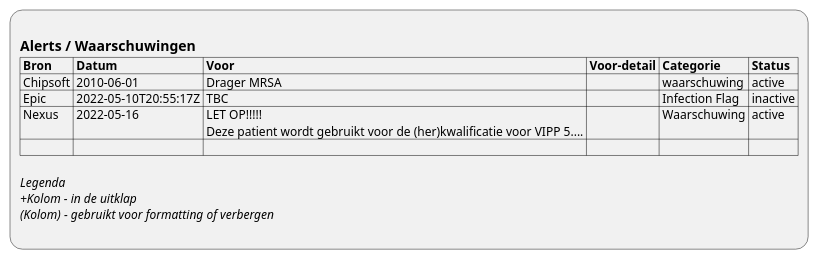
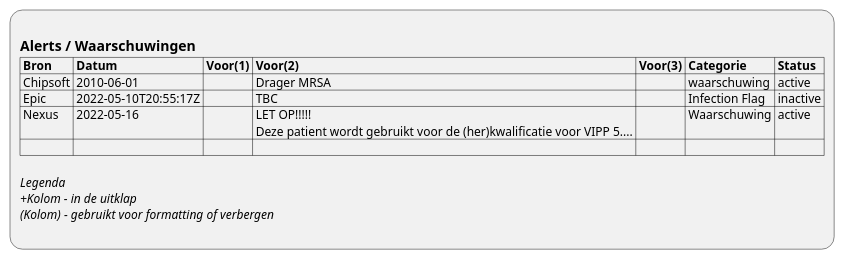
The diagram in input/images-source/ViewDefinition-Flag.plantuml (RIVO-Noord/zorgviewer-ig), drawn with PlantUML before and after one commit. The commit also changed 2 other files, not shown here.

```diff
--- a/input/images-source/ViewDefinition-Flag.plantuml
+++ b/input/images-source/ViewDefinition-Flag.plantuml
@@ -1,14 +1,14 @@
 @startuml ViewDefinition-Flag
 :
 == Alerts / Waarschuwingen
-|= Bron |= Datum |= Voor |= Voor-detail |= Categorie |= Status |
-| Chipsoft | 2010-06-01 | Drager MRSA |  | waarschuwing | active |
-| Epic | 2022-05-10T20:55:17Z | TBC |  | Infection Flag | inactive |
-| Nexus | 2022-05-16 | LET OP!!!!!\n Deze patient wordt gebruikt voor de (her)kwalificatie voor VIPP 5.... |  | Waarschuwing | active |
+|= Bron |= Datum |= Voor(1) |= Voor(2) |= Voor(3) |= Categorie |= Status |
+| Chipsoft | 2010-06-01 |  | Drager MRSA |  | waarschuwing | active |
+| Epic | 2022-05-10T20:55:17Z |  | TBC |  | Infection Flag | inactive |
+| Nexus | 2022-05-16 |  | LET OP!!!!!\n Deze patient wordt gebruikt voor de (her)kwalificatie voor VIPP 5.... |  | Waarschuwing | active |
 | |
 
 //Legenda//
 //+Kolom - in de uitklap//
 //(Kolom) - gebruikt voor formatting of verbergen//
 ;
 @enduml
```
